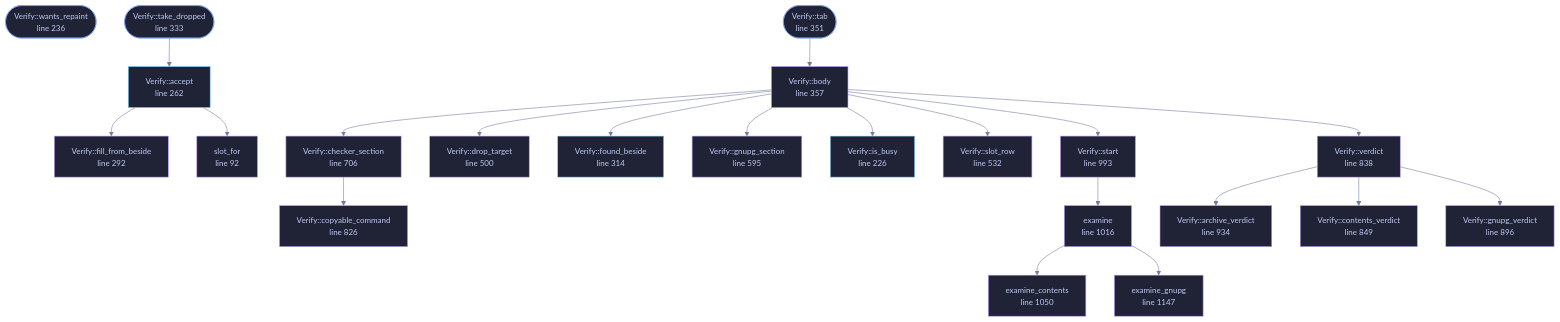
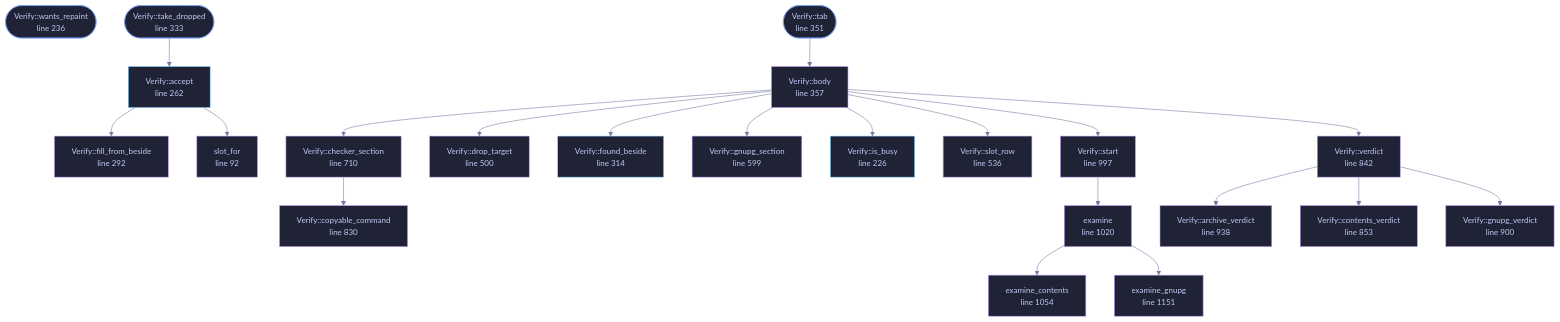
One commit to tilas01/veilvoice changed the diagram in docs/files/veilvoice-gui/verify.md. Above: the diagram before and after it, drawn with Mermaid. The commit also changed other lines of this file and 131 other files, not shown here.

````diff
--- a/docs/files/veilvoice-gui/verify.md
+++ b/docs/files/veilvoice-gui/verify.md
@@ -135,73 +135,73 @@
 ```mermaid
 %%{init: {"theme":"base","themeVariables":{"background":"#1a1b26","primaryColor":"#1f2335","primaryTextColor":"#c0caf5","primaryBorderColor":"#7aa2f7","secondaryColor":"#16161e","tertiaryColor":"#16161e","lineColor":"#737aa2","textColor":"#c0caf5","mainBkg":"#1f2335","nodeBorder":"#7aa2f7","clusterBkg":"#16161e","clusterBorder":"#2f3549","fontFamily":"ui-monospace, SFMono-Regular, Consolas, monospace","fontSize":"14px"}}}%%
 flowchart TD
     n_slot_for["slot_for<br/>line 92"]
     n_is_busy["Verify::is_busy<br/>line 226"]
     n_wants_repaint(["Verify::wants_repaint<br/>line 236"])
     n_accept["Verify::accept<br/>line 262"]
     n_fill_from_beside["Verify::fill_from_beside<br/>line 292"]
     n_found_beside["Verify::found_beside<br/>line 314"]
     n_take_dropped(["Verify::take_dropped<br/>line 333"])
     n_tab(["Verify::tab<br/>line 351"])
     n_body["Verify::body<br/>line 357"]
     n_drop_target["Verify::drop_target<br/>line 500"]
-    n_slot_row["Verify::slot_row<br/>line 532"]
-    n_gnupg_section["Verify::gnupg_section<br/>line 595"]
-    n_checker_section["Verify::checker_section<br/>line 706"]
-    n_copyable_command["Verify::copyable_command<br/>line 826"]
-    n_verdict["Verify::verdict<br/>line 838"]
-    n_contents_verdict["Verify::contents_verdict<br/>line 849"]
-    n_gnupg_verdict["Verify::gnupg_verdict<br/>line 896"]
-    n_archive_verdict["Verify::archive_verdict<br/>line 934"]
-    n_start["Verify::start<br/>line 993"]
-    n_examine["examine<br/>line 1016"]
-    n_examine_contents["examine_contents<br/>line 1050"]
-    n_examine_gnupg["examine_gnupg<br/>line 1147"]
+    n_slot_row["Verify::slot_row<br/>line 536"]
+    n_gnupg_section["Verify::gnupg_section<br/>line 599"]
+    n_checker_section["Verify::checker_section<br/>line 710"]
+    n_copyable_command["Verify::copyable_command<br/>line 830"]
+    n_verdict["Verify::verdict<br/>line 842"]
+    n_contents_verdict["Verify::contents_verdict<br/>line 853"]
+    n_gnupg_verdict["Verify::gnupg_verdict<br/>line 900"]
+    n_archive_verdict["Verify::archive_verdict<br/>line 938"]
+    n_start["Verify::start<br/>line 997"]
+    n_examine["examine<br/>line 1020"]
+    n_examine_contents["examine_contents<br/>line 1054"]
+    n_examine_gnupg["examine_gnupg<br/>line 1151"]
     n_accept --> n_fill_from_beside
     n_accept --> n_slot_for
     n_body --> n_checker_section
     n_body --> n_drop_target
     n_body --> n_found_beside
     n_body --> n_gnupg_section
     n_body --> n_is_busy
     n_body --> n_slot_row
     n_body --> n_start
     n_body --> n_verdict
     n_checker_section --> n_copyable_command
     n_examine --> n_examine_contents
     n_examine --> n_examine_gnupg
     n_start --> n_examine
     n_tab --> n_body
     n_take_dropped --> n_accept
     n_verdict --> n_archive_verdict
     n_verdict --> n_contents_verdict
     n_verdict --> n_gnupg_verdict
     click n_slot_for href "https://github.com/tilas01/veilvoice/blob/main/crates/veilvoice-gui/src/verify.rs#L92" "open the source"
     click n_is_busy href "https://github.com/tilas01/veilvoice/blob/main/crates/veilvoice-gui/src/verify.rs#L226" "open the source"
     click n_wants_repaint href "https://github.com/tilas01/veilvoice/blob/main/crates/veilvoice-gui/src/verify.rs#L236" "open the source"
     click n_accept href "https://github.com/tilas01/veilvoice/blob/main/crates/veilvoice-gui/src/verify.rs#L262" "open the source"
     click n_fill_from_beside href "https://github.com/tilas01/veilvoice/blob/main/crates/veilvoice-gui/src/verify.rs#L292" "open the source"
     click n_found_beside href "https://github.com/tilas01/veilvoice/blob/main/crates/veilvoice-gui/src/verify.rs#L314" "open the source"
     click n_take_dropped href "https://github.com/tilas01/veilvoice/blob/main/crates/veilvoice-gui/src/verify.rs#L333" "open the source"
     click n_tab href "https://github.com/tilas01/veilvoice/blob/main/crates/veilvoice-gui/src/verify.rs#L351" "open the source"
     click n_body href "https://github.com/tilas01/veilvoice/blob/main/crates/veilvoice-gui/src/verify.rs#L357" "open the source"
     click n_drop_target href "https://github.com/tilas01/veilvoice/blob/main/crates/veilvoice-gui/src/verify.rs#L500" "open the source"
-    click n_slot_row href "https://github.com/tilas01/veilvoice/blob/main/crates/veilvoice-gui/src/verify.rs#L532" "open the source"
-    click n_gnupg_section href "https://github.com/tilas01/veilvoice/blob/main/crates/veilvoice-gui/src/verify.rs#L595" "open the source"
-    click n_checker_section href "https://github.com/tilas01/veilvoice/blob/main/crates/veilvoice-gui/src/verify.rs#L706" "open the source"
-    click n_copyable_command href "https://github.com/tilas01/veilvoice/blob/main/crates/veilvoice-gui/src/verify.rs#L826" "open the source"
-    click n_verdict href "https://github.com/tilas01/veilvoice/blob/main/crates/veilvoice-gui/src/verify.rs#L838" "open the source"
-    click n_contents_verdict href "https://github.com/tilas01/veilvoice/blob/main/crates/veilvoice-gui/src/verify.rs#L849" "open the source"
-    click n_gnupg_verdict href "https://github.com/tilas01/veilvoice/blob/main/crates/veilvoice-gui/src/verify.rs#L896" "open the source"
-    click n_archive_verdict href "https://github.com/tilas01/veilvoice/blob/main/crates/veilvoice-gui/src/verify.rs#L934" "open the source"
-    click n_start href "https://github.com/tilas01/veilvoice/blob/main/crates/veilvoice-gui/src/verify.rs#L993" "open the source"
-    click n_examine href "https://github.com/tilas01/veilvoice/blob/main/crates/veilvoice-gui/src/verify.rs#L1016" "open the source"
-    click n_examine_contents href "https://github.com/tilas01/veilvoice/blob/main/crates/veilvoice-gui/src/verify.rs#L1050" "open the source"
-    click n_examine_gnupg href "https://github.com/tilas01/veilvoice/blob/main/crates/veilvoice-gui/src/verify.rs#L1147" "open the source"
+    click n_slot_row href "https://github.com/tilas01/veilvoice/blob/main/crates/veilvoice-gui/src/verify.rs#L536" "open the source"
+    click n_gnupg_section href "https://github.com/tilas01/veilvoice/blob/main/crates/veilvoice-gui/src/verify.rs#L599" "open the source"
+    click n_checker_section href "https://github.com/tilas01/veilvoice/blob/main/crates/veilvoice-gui/src/verify.rs#L710" "open the source"
+    click n_copyable_command href "https://github.com/tilas01/veilvoice/blob/main/crates/veilvoice-gui/src/verify.rs#L830" "open the source"
+    click n_verdict href "https://github.com/tilas01/veilvoice/blob/main/crates/veilvoice-gui/src/verify.rs#L842" "open the source"
+    click n_contents_verdict href "https://github.com/tilas01/veilvoice/blob/main/crates/veilvoice-gui/src/verify.rs#L853" "open the source"
+    click n_gnupg_verdict href "https://github.com/tilas01/veilvoice/blob/main/crates/veilvoice-gui/src/verify.rs#L900" "open the source"
+    click n_archive_verdict href "https://github.com/tilas01/veilvoice/blob/main/crates/veilvoice-gui/src/verify.rs#L938" "open the source"
+    click n_start href "https://github.com/tilas01/veilvoice/blob/main/crates/veilvoice-gui/src/verify.rs#L997" "open the source"
+    click n_examine href "https://github.com/tilas01/veilvoice/blob/main/crates/veilvoice-gui/src/verify.rs#L1020" "open the source"
+    click n_examine_contents href "https://github.com/tilas01/veilvoice/blob/main/crates/veilvoice-gui/src/verify.rs#L1054" "open the source"
+    click n_examine_gnupg href "https://github.com/tilas01/veilvoice/blob/main/crates/veilvoice-gui/src/verify.rs#L1151" "open the source"
     classDef entry fill:#1f2335,stroke:#7aa2f7,color:#c0caf5
     class n_wants_repaint,n_take_dropped,n_tab entry
     classDef api fill:#1f2335,stroke:#7dcfff,color:#c0caf5
     class n_is_busy,n_accept,n_found_beside api
     classDef helper fill:#1f2335,stroke:#bb9af7,color:#c0caf5
     class n_slot_for,n_fill_from_beside,n_body,n_drop_target,n_slot_row,n_gnupg_section,n_checker_section,n_copyable_command,n_verdict,n_contents_verdict,n_gnupg_verdict,n_archive_verdict,n_start,n_examine,n_examine_contents,n_examine_gnupg helper
 ```
````
